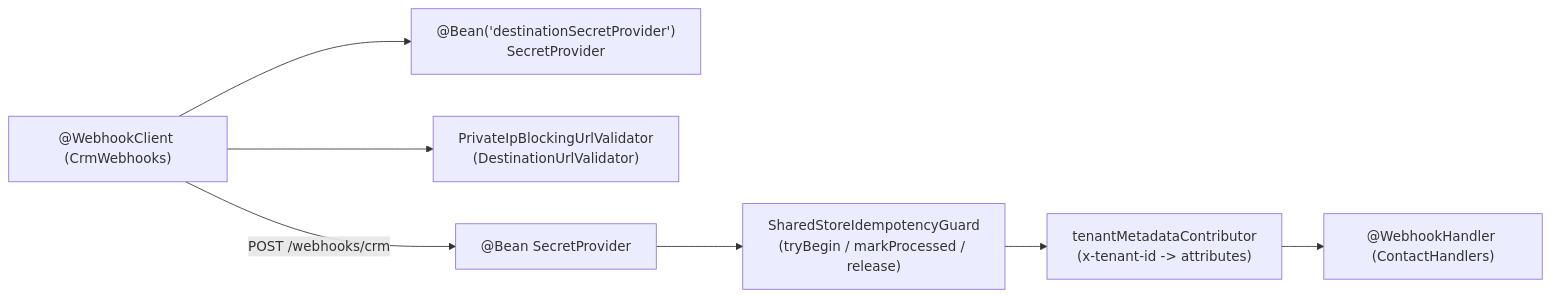
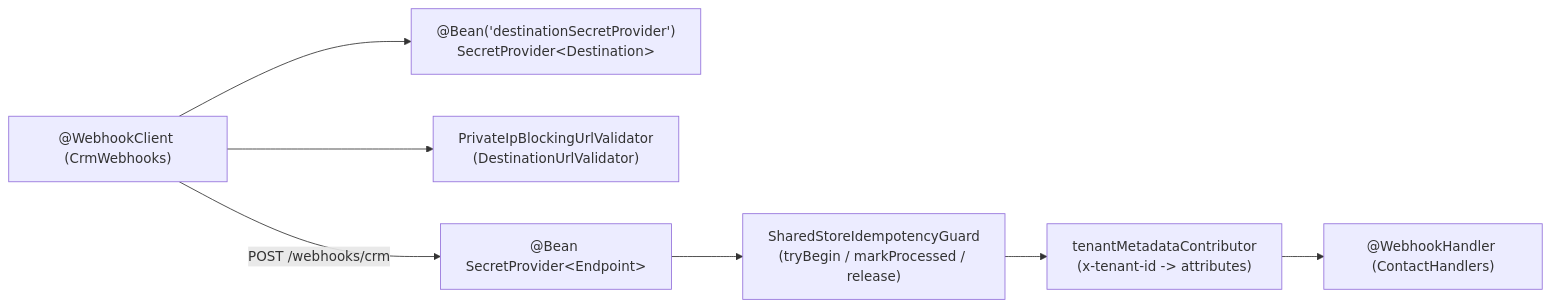
One commit to jinternals/webhooks changed the diagram in webhooks-sample/spi-sample/README.md. Above: the diagram before and after it, drawn with Mermaid. The commit also changed other lines of this file and 34 other files, not shown here.

````diff
--- a/webhooks-sample/spi-sample/README.md
+++ b/webhooks-sample/spi-sample/README.md
@@ -12,9 +12,9 @@
 ```mermaid
 flowchart LR
-    Client["@WebhookClient (CrmWebhooks)"] --> DestSec["@Bean('destinationSecretProvider')<br/>SecretProvider<Destination>"]
+    Client["@WebhookClient (CrmWebhooks)"] --> DestSec["@Bean('destinationSecretProvider')<br/>SecretProvider&lt;Destination&gt;"]
     Client --> Guard["PrivateIpBlockingUrlValidator<br/>(DestinationUrlValidator)"]
-    Client -->|"POST /webhooks/crm"| EpSec["@Bean SecretProvider<Endpoint>"]
+    Client -->|"POST /webhooks/crm"| EpSec["@Bean SecretProvider&lt;Endpoint&gt;"]
     EpSec --> Idemp["SharedStoreIdempotencyGuard<br/>(tryBegin / markProcessed / release)"]
     Idemp --> Meta["tenantMetadataContributor<br/>(x-tenant-id -> attributes)"]
     Meta --> Handler["@WebhookHandler (ContactHandlers)"]
 ```
````
